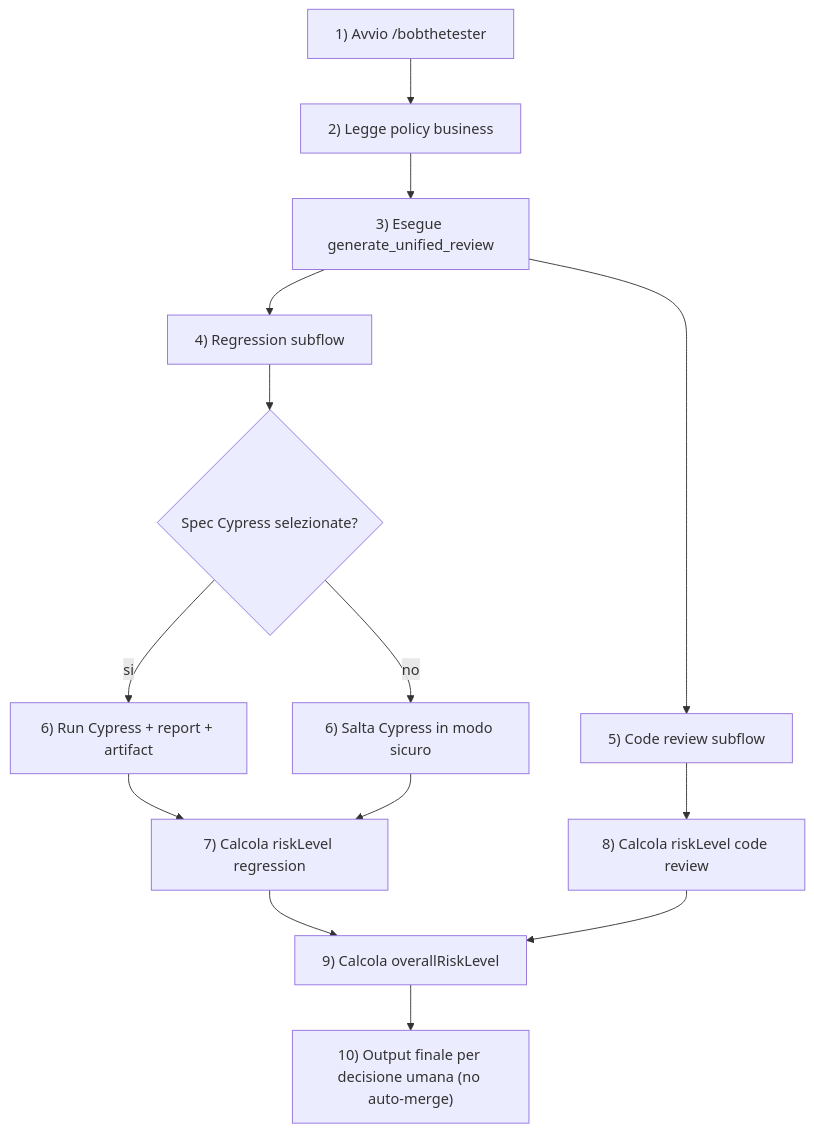
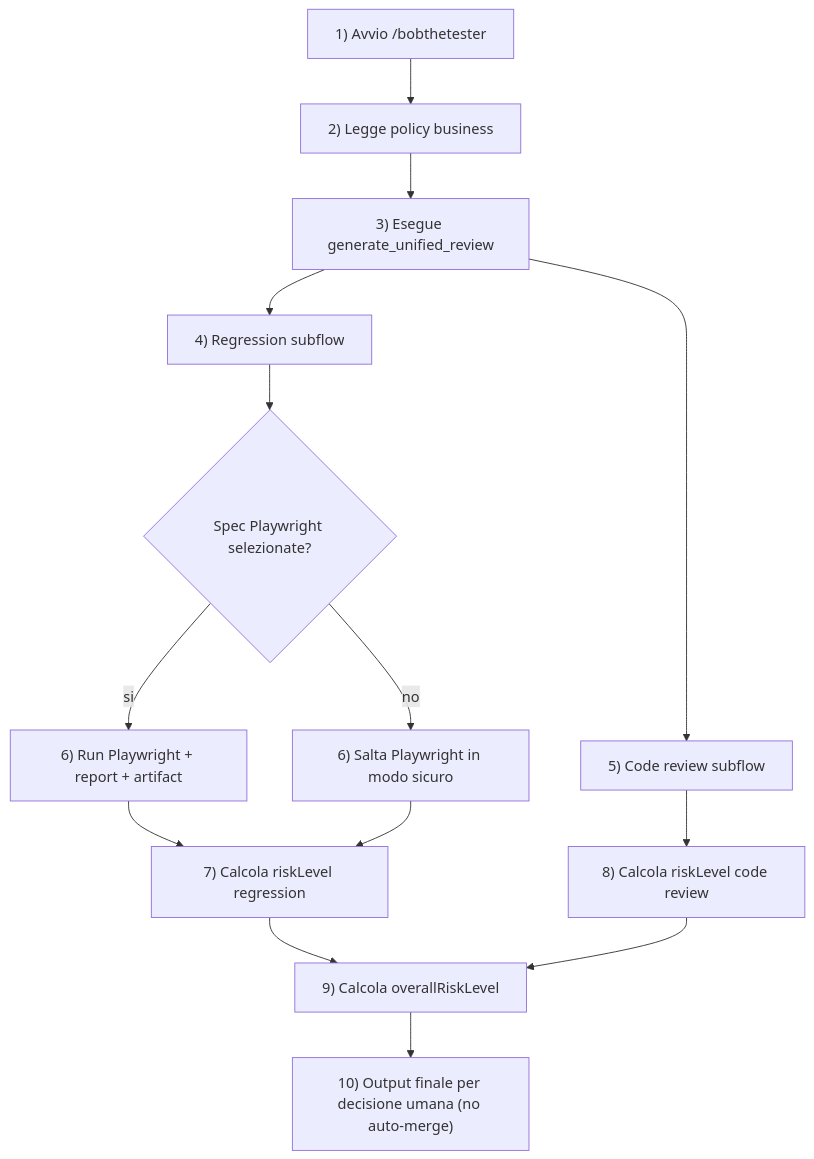
Before and after one commit to AlbertoSardo/BobTheTester: the diagram in README.md, drawn with Mermaid. The commit also changed other lines of this file and 37 other files, not shown here.

````diff
--- a/README.md
+++ b/README.md
@@ -98,19 +101,19 @@
 ```mermaid
 flowchart TD
   A["1) Avvio /bobthetester"] --> B["2) Legge policy business"]
   B --> C["3) Esegue generate_unified_review"]
 
   C --> D["4) Regression subflow"]
   C --> E["5) Code review subflow"]
 
-  D --> F{"Spec Cypress selezionate?"}
-  F -- "si" --> G["6) Run Cypress + report + artifact"]
-  F -- "no" --> H["6) Salta Cypress in modo sicuro"]
+  D --> F{"Spec Playwright selezionate?"}
+  F -- "si" --> G["6) Run Playwright + report + artifact"]
+  F -- "no" --> H["6) Salta Playwright in modo sicuro"]
   G --> I["7) Calcola riskLevel regression"]
   H --> I
 
   E --> J["8) Calcola riskLevel code review"]
   I --> K["9) Calcola overallRiskLevel"]
   J --> K
   K --> L["10) Output finale per decisione umana (no auto-merge)"]
 ```
````
